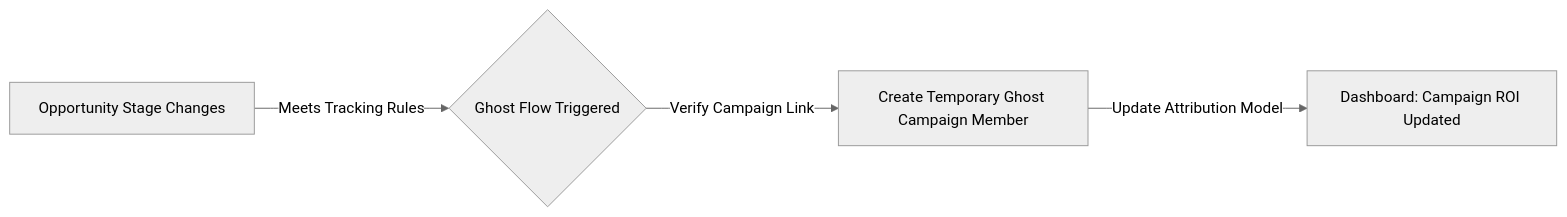
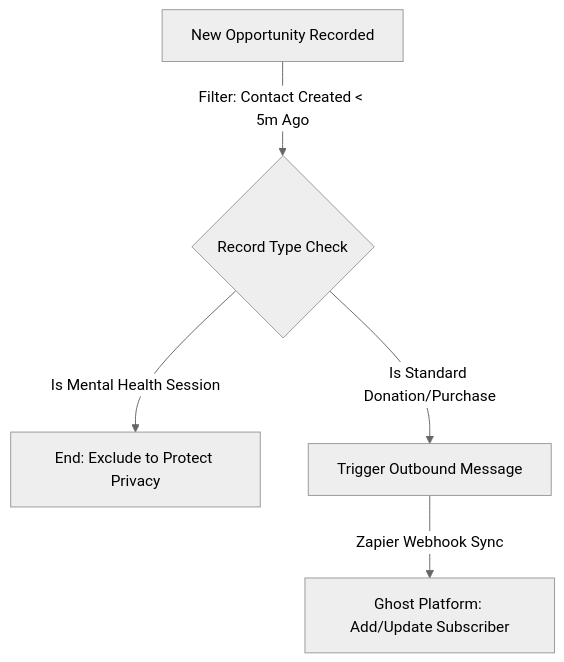
The third of 3 diagrams in resume.md (muktharamesh/salesforce-portfolio), drawn with Mermaid (neutral theme) before and after one commit. The commit also changed other lines of this file and 1 other file, not shown here.

Commit message:
Correct Ghost integration description to reflect Ghost newsletter platform and privacy compliance filters

````diff
--- a/resume.md
+++ b/resume.md
@@ -63,6 +64,7 @@
 ```mermaid
-graph LR
-    A[Opportunity Stage Changes] -->|Meets Tracking Rules| B{Ghost Flow Triggered}
-    B -->|Verify Campaign Link| C[Create Temporary Ghost Campaign Member]
-    C -->|Update Attribution Model| D[Dashboard: Campaign ROI Updated]
+graph TD
+    A[New Opportunity Recorded] -->|Filter: Contact Created &lt; 5m Ago| B{Record Type Check}
+    B -->|Is Mental Health Session| C[End: Exclude to Protect Privacy]
+    B -->|Is Standard Donation/Purchase| D[Trigger Outbound Message]
+    D -->|Zapier Webhook Sync| E[Ghost Platform: Add/Update Subscriber]
 ```
````
